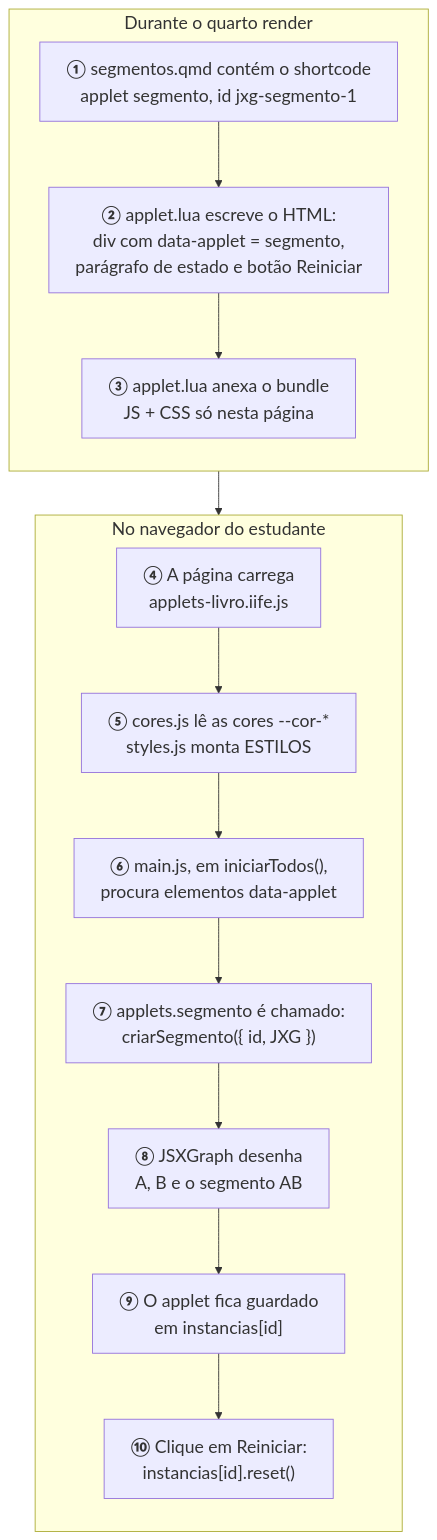
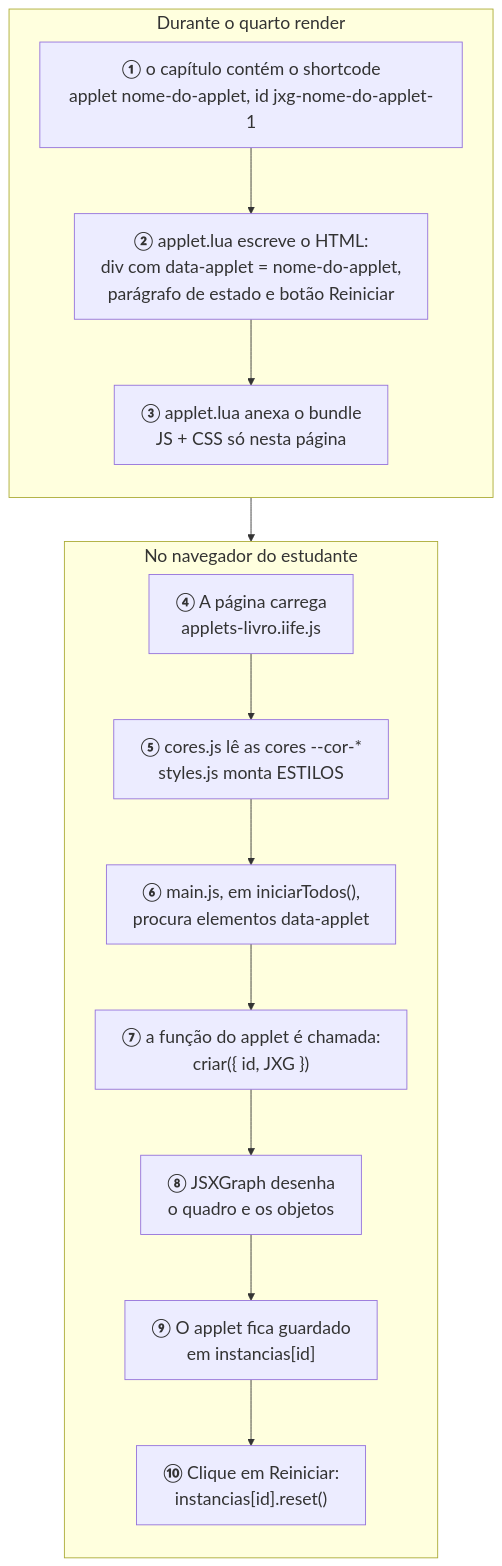
One commit to lcmerlo/livro-online-fcg changed the seventh of 9 diagrams in _interno/diretrizes/arquitetura.md. Above: the diagram before and after it, drawn with Mermaid. The commit also changed other lines of this file and 13 other files, not shown here.

Commit message:
Remove o applet de segmento

````diff
--- a/_interno/diretrizes/arquitetura.md
+++ b/_interno/diretrizes/arquitetura.md
@@ -342,25 +339,25 @@
 ```mermaid
 %%{init: {"themeVariables": {"fontSize": "20px"}, "flowchart": {"wrappingWidth": 420}}}%%
 flowchart TD
     subgraph R["Durante o quarto render"]
         direction TB
-        r1["<b>①</b> segmentos.qmd contém o shortcode<br/>applet segmento, id jxg-segmento-1"]
-        r2["<b>②</b> applet.lua escreve o HTML:<br/>div com data-applet = segmento,<br/>parágrafo de estado e botão Reiniciar"]
+        r1["<b>①</b> o capítulo contém o shortcode<br/>applet nome-do-applet, id jxg-nome-do-applet-1"]
+        r2["<b>②</b> applet.lua escreve o HTML:<br/>div com data-applet = nome-do-applet,<br/>parágrafo de estado e botão Reiniciar"]
         r3["<b>③</b> applet.lua anexa o bundle<br/>JS + CSS só nesta página"]
         r1 --> r2 --> r3
     end
 
     subgraph N["No navegador do estudante"]
         direction TB
         n1["<b>④</b> A página carrega<br/>applets-livro.iife.js"]
         n2["<b>⑤</b> cores.js lê as cores --cor-*<br/>styles.js monta ESTILOS"]
         n3["<b>⑥</b> main.js, em iniciarTodos(),<br/>procura elementos data-applet"]
-        n4["<b>⑦</b> applets.segmento é chamado:<br/>criarSegmento({ id, JXG })"]
-        n5["<b>⑧</b> JSXGraph desenha<br/>A, B e o segmento AB"]
+        n4["<b>⑦</b> a função do applet é chamada:<br/>criar<Nome>({ id, JXG })"]
+        n5["<b>⑧</b> JSXGraph desenha<br/>o quadro e os objetos"]
         n6["<b>⑨</b> O applet fica guardado<br/>em instancias[id]"]
         n7["<b>⑩</b> Clique em Reiniciar:<br/>instancias[id].reset()"]
         n1 --> n2 --> n3 --> n4 --> n5 --> n6 --> n7
     end
 
     R --> N
 ```
````
